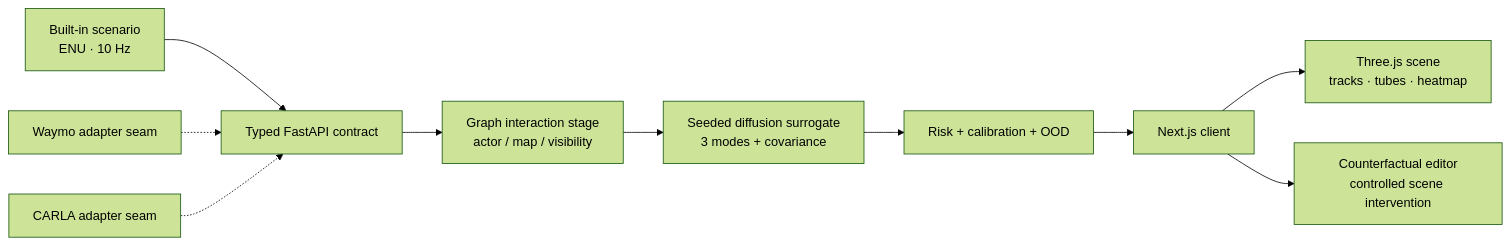
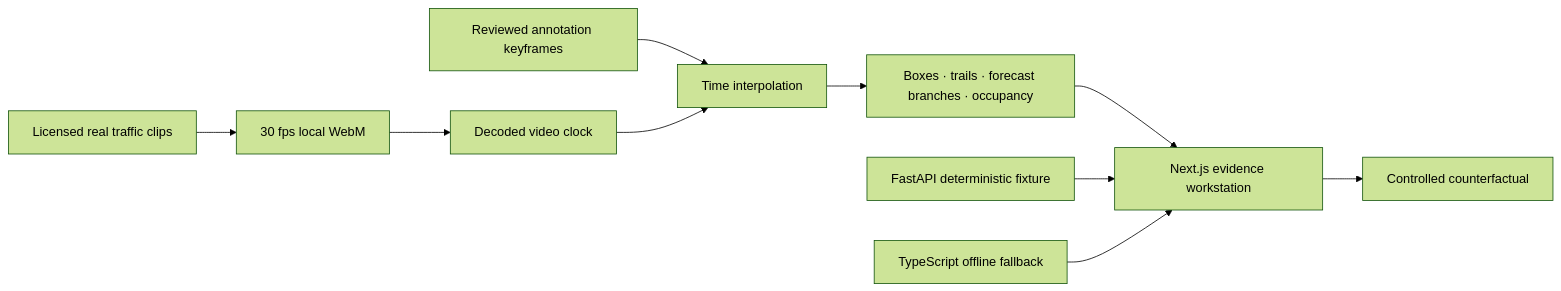
One commit to MarinJursic/MotionForecasting changed the diagram in README.md. Above: the diagram before and after it, drawn with Mermaid (forest theme). The commit also changed other lines of this file and 26 other files, not shown here.

````diff
--- a/README.md
+++ b/README.md
@@ -67,12 +74,13 @@
 ```mermaid
 flowchart LR
-  A["Built-in scenario<br/>ENU · 10 Hz"] --> B["Typed FastAPI contract"]
-  W["Waymo adapter seam"] -.-> B
-  C["CARLA adapter seam"] -.-> B
-  B --> G["Graph interaction stage<br/>actor / map / visibility"]
-  G --> D["Seeded diffusion surrogate<br/>3 modes + covariance"]
-  D --> R["Risk + calibration + OOD"]
-  R --> U["Next.js client"]
-  U --> T["Three.js scene<br/>tracks · tubes · heatmap"]
-  U --> E["Counterfactual editor<br/>controlled scene intervention"]
+    A["Licensed real traffic clips"] --> B["30 fps local WebM"]
+    C["Reviewed annotation keyframes"] --> D["Time interpolation"]
+    B --> E["Decoded video clock"]
+    E --> D
+    D --> F["Boxes · trails · forecast branches · occupancy"]
+    F --> G["Next.js evidence workstation"]
+
+    H["FastAPI deterministic fixture"] --> G
+    I["TypeScript offline fallback"] --> G
+    G --> J["Controlled counterfactual"]
 ```
````
